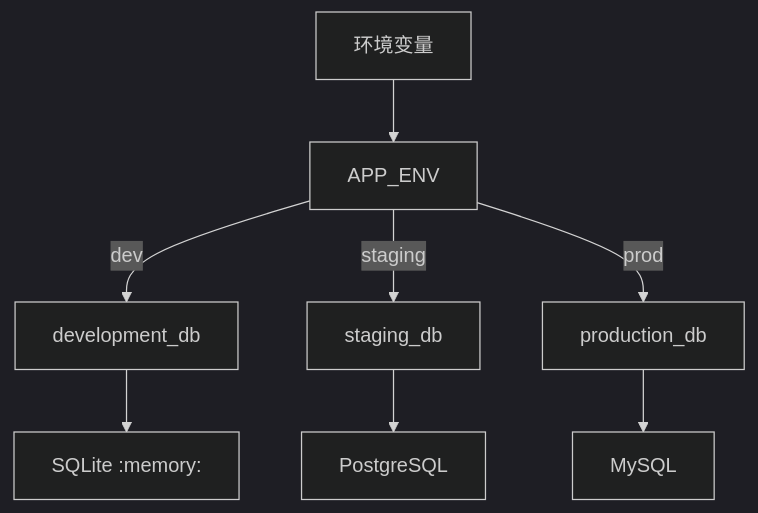
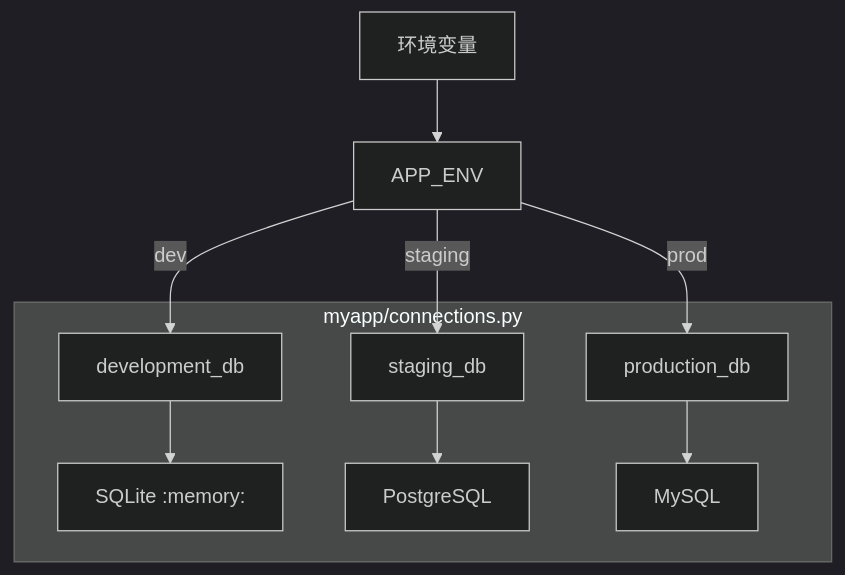
The second of 4 diagrams in docs/zh_CN/backend/named_connection.md (rhosocial/python-activerecord), drawn with Mermaid (dark theme) before and after one commit. The commit also changed other lines of this file and 88 other files, not shown here.

````diff
--- a/docs/zh_CN/backend/named_connection.md
+++ b/docs/zh_CN/backend/named_connection.md
@@ -317,10 +275,13 @@
 ```mermaid
 flowchart TB
-    A[development_db] --> B[SQLite :memory:]
-    C[staging_db] --> D[PostgreSQL]
-    E[production_db] --> F[MySQL]
+    subgraph myapp/connections.py
+        A[development_db] --> B[SQLite :memory:]
+        C[staging_db] --> D[PostgreSQL]
+        E[production_db] --> F[MySQL]
+    end
+    
     G[环境变量] --> H[APP_ENV]
     H -->|dev| A
     H -->|staging| C
     H -->|prod| E
 ```
````
